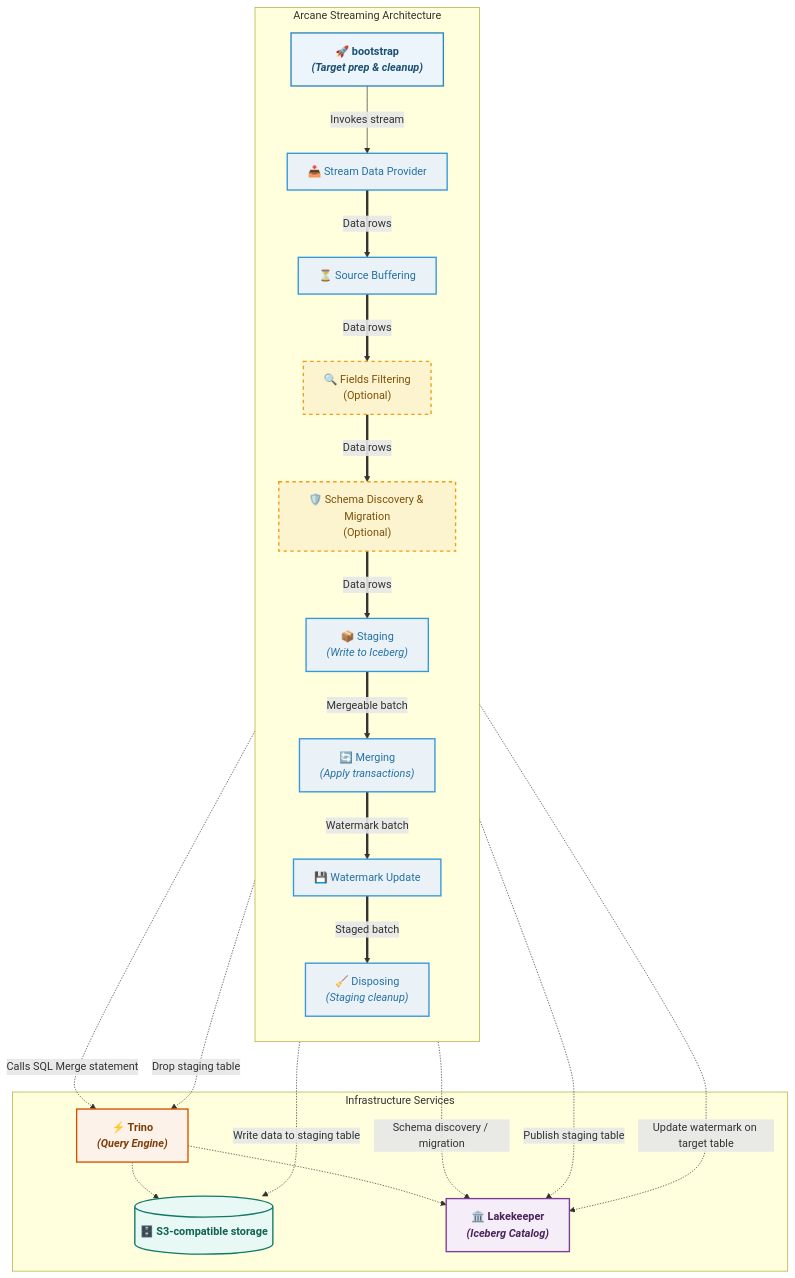
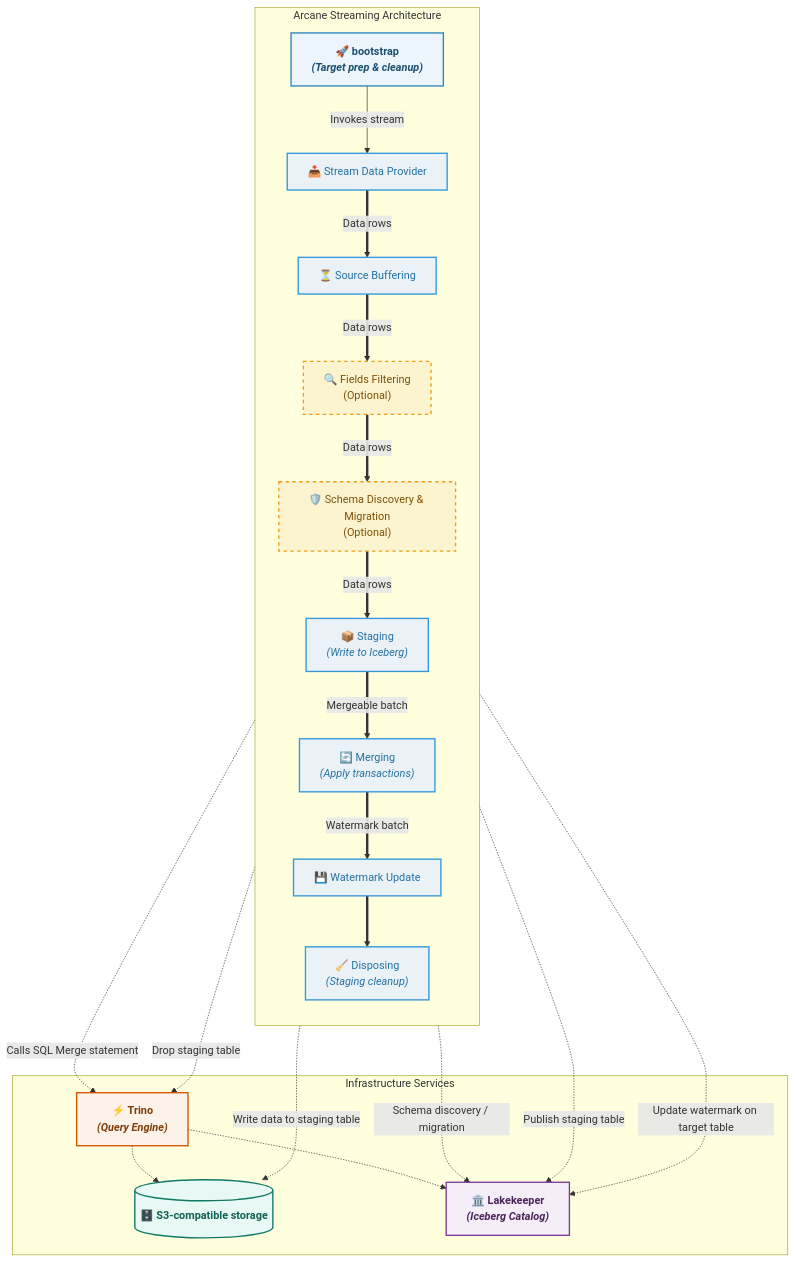
Before and after one commit to SneaksAndData/arcane-framework-scala: the diagram in docs/architecture.md, drawn with Mermaid.

````diff
--- a/docs/architecture.md
+++ b/docs/architecture.md
@@ -1,52 +1,52 @@
 ```mermaid
 graph TD
     %% Modern Professional Theme & Styling
     classDef bootstrap fill:#ebf5fb,stroke:#2e86c1,stroke-width:2px,color:#1b4f72,font-weight:bold;
     classDef core fill:#eaf2f8,stroke:#3498db,stroke-width:2px,color:#2471a3;
     classDef optional fill:#fcf3cf,stroke:#f39c12,stroke-width:2px,stroke-dasharray: 5 5,color:#7e5109;
     classDef storage fill:#e8f8f5,stroke:#117a65,stroke-width:2px,color:#0e6251,font-weight:bold;
     classDef catalog fill:#f5eef8,stroke:#7d3c98,stroke-width:2px,color:#4a235a,font-weight:bold;
     classDef engine fill:#fdf2e9,stroke:#d35400,stroke-width:2px,color:#7e3d07,font-weight:bold;
 
     subgraph Arcane [Arcane Streaming Architecture]
         direction TB
         Bootstrap["🚀 bootstrap<br/><i>(Target prep & cleanup)</i>"]:::bootstrap
         StreamDataProvider["📥 Stream Data Provider"]:::core
         SourceBuffering["⏳ Source Buffering"]:::core
         FieldsFiltering["🔍 Fields Filtering<br/>(Optional)"]:::optional
         SchemaDiscoveryMigration["🛡️ Schema Discovery & Migration<br/>(Optional)"]:::optional
         Staging["📦 Staging<br/><i>(Write to Iceberg)</i>"]:::core
         Merging["🔄 Merging<br/><i>(Apply transactions)</i>"]:::core
         WatermarkUpdate["💾 Watermark Update"]:::core
         Disposing["🧹 Disposing<br/><i>(Staging cleanup)</i>"]:::core
     end
 
     subgraph Infrastructure [Infrastructure Services]
         S3[("🗄️ S3-compatible storage")]:::storage
         Lakekeeper["🏛️ Lakekeeper<br/><i>(Iceberg Catalog)</i>"]:::catalog
         Trino["⚡ Trino<br/><i>(Query Engine)</i>"]:::engine
     end
 
     %% Internal pipeline connections & Data Flows
     Bootstrap -->|Invokes stream| StreamDataProvider
     StreamDataProvider ==>|"Data rows"| SourceBuffering
     SourceBuffering ==>|"Data rows"| FieldsFiltering
     FieldsFiltering ==>|"Data rows"| SchemaDiscoveryMigration
     SchemaDiscoveryMigration ==>|"Data rows"| Staging
     Staging ==>|"Mergeable batch"| Merging
     Merging ==>|"Watermark batch"| WatermarkUpdate
-    WatermarkUpdate ==>|"Staged batch"| Disposing
+    WatermarkUpdate ==> Disposing
 
     %% External Data and Command Interactions
     SchemaDiscoveryMigration -.->|"Schema discovery / migration"| Lakekeeper
     Staging -.->|"Write data to staging table"| S3
     Staging -.->|"Publish staging table"| Lakekeeper
 
     Merging -.->|"Calls SQL Merge statement"| Trino
     WatermarkUpdate -.->|"Update watermark on target table"| Lakekeeper
     Disposing -.->|"Drop staging table"| Trino
 
     %% Trino Interactions
     Trino -.-> Lakekeeper
     Trino -.-> S3
 ```
````
